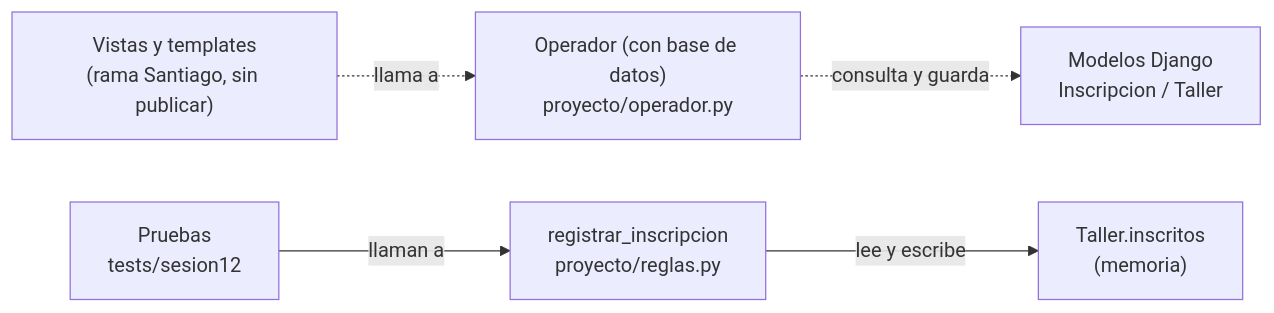
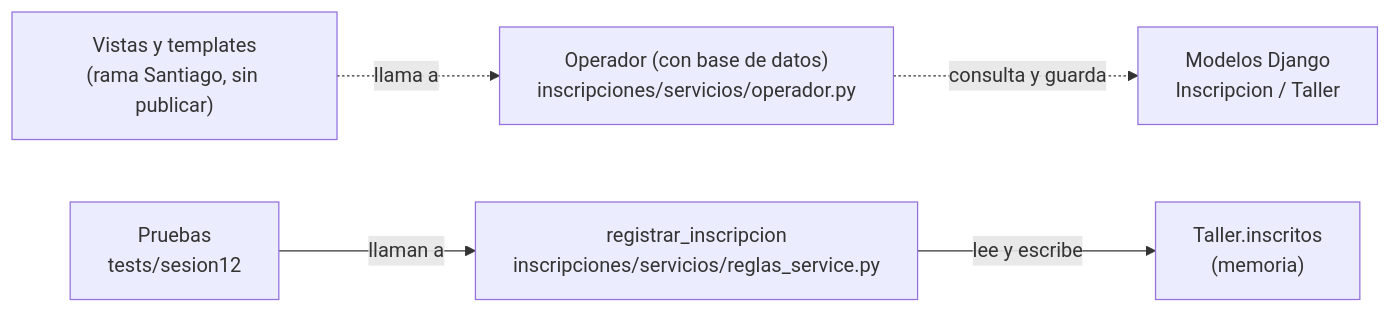
One commit to Gonzzzalo17/inscripciones-talleres changed the diagram in docs/sesion-12-arquitectura.md. Above: the diagram before and after it, drawn with Mermaid. The commit also changed other lines of this file, not shown here.

First line of the commit message:
Update sesion-12-arquitectura.md

````diff
--- a/docs/sesion-12-arquitectura.md
+++ b/docs/sesion-12-arquitectura.md
@@ -53,7 +53,7 @@
 ```mermaid
 flowchart LR
-    V["Vistas y templates<br/>(rama Santiago, sin publicar)"] -.->|llama a| O["Operador (con base de datos)<br/>proyecto/operador.py"]
+    V["Vistas y templates<br/>(rama Santiago, sin publicar)"] -.->|llama a| O["Operador (con base de datos)<br/>inscripciones/servicios/operador.py"]
     O -.->|consulta y guarda| M["Modelos Django<br/>Inscripcion / Taller"]
-    P["Pruebas<br/>tests/sesion12"] -->|llaman a| R["registrar_inscripcion<br/>proyecto/reglas.py"]
+    P["Pruebas<br/>tests/sesion12"] -->|llaman a| R["registrar_inscripcion<br/>inscripciones/servicios/reglas_service.py"]
     R -->|lee y escribe| T["Taller.inscritos<br/>(memoria)"]
 ```
````
